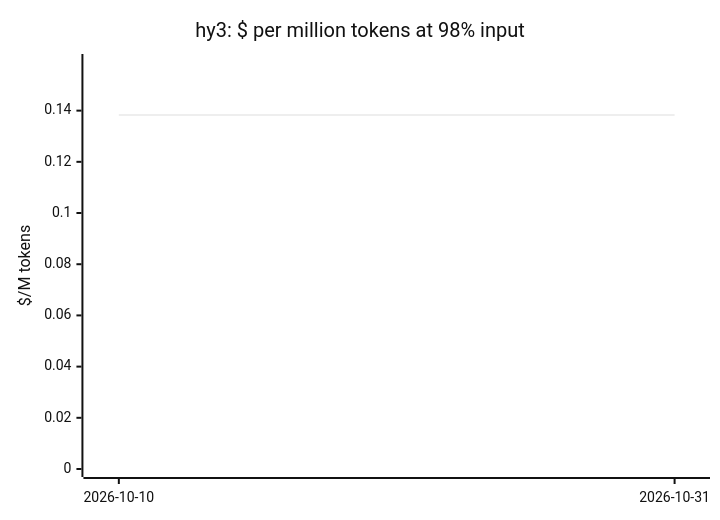
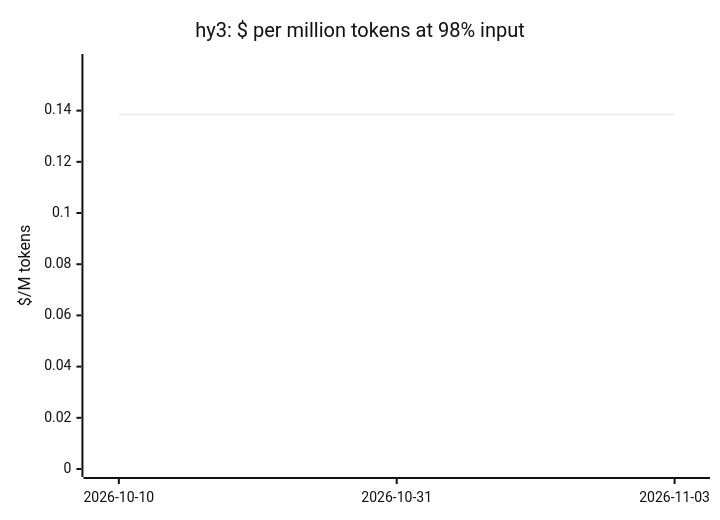
One commit to cklukas/OMEGA_TRANSFORM changed diagram 17 of 20 in docs/openrouter-models.md. Above: the diagram before and after it, drawn with Mermaid (neutral theme). The commit also changed other lines of this file and 469 other files, not shown here.

````diff
--- a/docs/openrouter-models.md
+++ b/docs/openrouter-models.md
@@ -269,7 +284,7 @@
 ```mermaid
 xychart-beta
     title "hy3: $ per million tokens at 98% input"
-    x-axis ["2026-10-10", "2026-10-31"]
+    x-axis ["2026-10-10", "2026-10-31", "2026-11-03"]
     y-axis "$/M tokens" 0 --> 0.159
-    line [0.1383, 0.1383]
+    line [0.1385, 0.1385, 0.1385]
 ```
````
